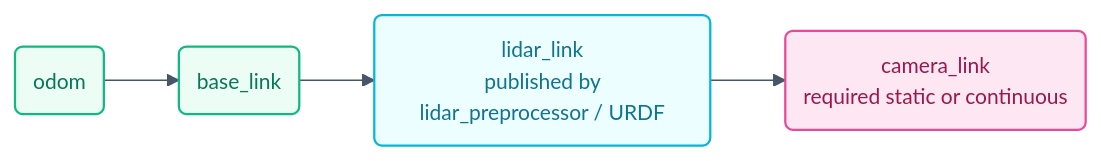
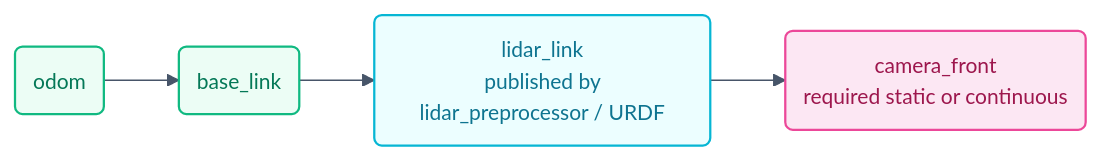
One commit to hwanhonglee/CAMROD changed the third of 3 diagrams in camrod_perception/README.md. Above: the diagram before and after it, drawn with Mermaid. The commit also changed other lines of this file and 7 other files, not shown here.

````diff
--- a/camrod_perception/README.md
+++ b/camrod_perception/README.md
@@ -148,18 +148,18 @@
 ```mermaid
 %%{init: {'theme': 'base', 'themeVariables': {'fontFamily': 'ui-sans-serif, system-ui, sans-serif', 'fontSize': '14px', 'primaryColor': '#EEF2FF', 'primaryTextColor': '#0F172A', 'primaryBorderColor': '#6366F1', 'lineColor': '#475569'}, 'flowchart': {'curve': 'basis', 'htmlLabels': true, 'padding': 12}}}%%
 graph LR
   ODOM(odom)
   BASE(base_link)
   LIDAR(lidar_link\n published by lidar_preprocessor / URDF)
-  CAM(camera_link\n required static or continuous)
+  CAM(camera_front\n required static or continuous)
 
   ODOM --> BASE --> LIDAR --> CAM
 
   classDef localization fill:#ECFDF5,stroke:#10B981,stroke-width:1.5px,color:#047857;
   classDef sensing      fill:#ECFEFF,stroke:#06B6D4,stroke-width:1.5px,color:#0E7490;
   classDef perception   fill:#FCE7F3,stroke:#EC4899,stroke-width:1.5px,color:#9D174D;
 
   class ODOM,BASE localization
   class LIDAR sensing
   class CAM perception
 ```
````
